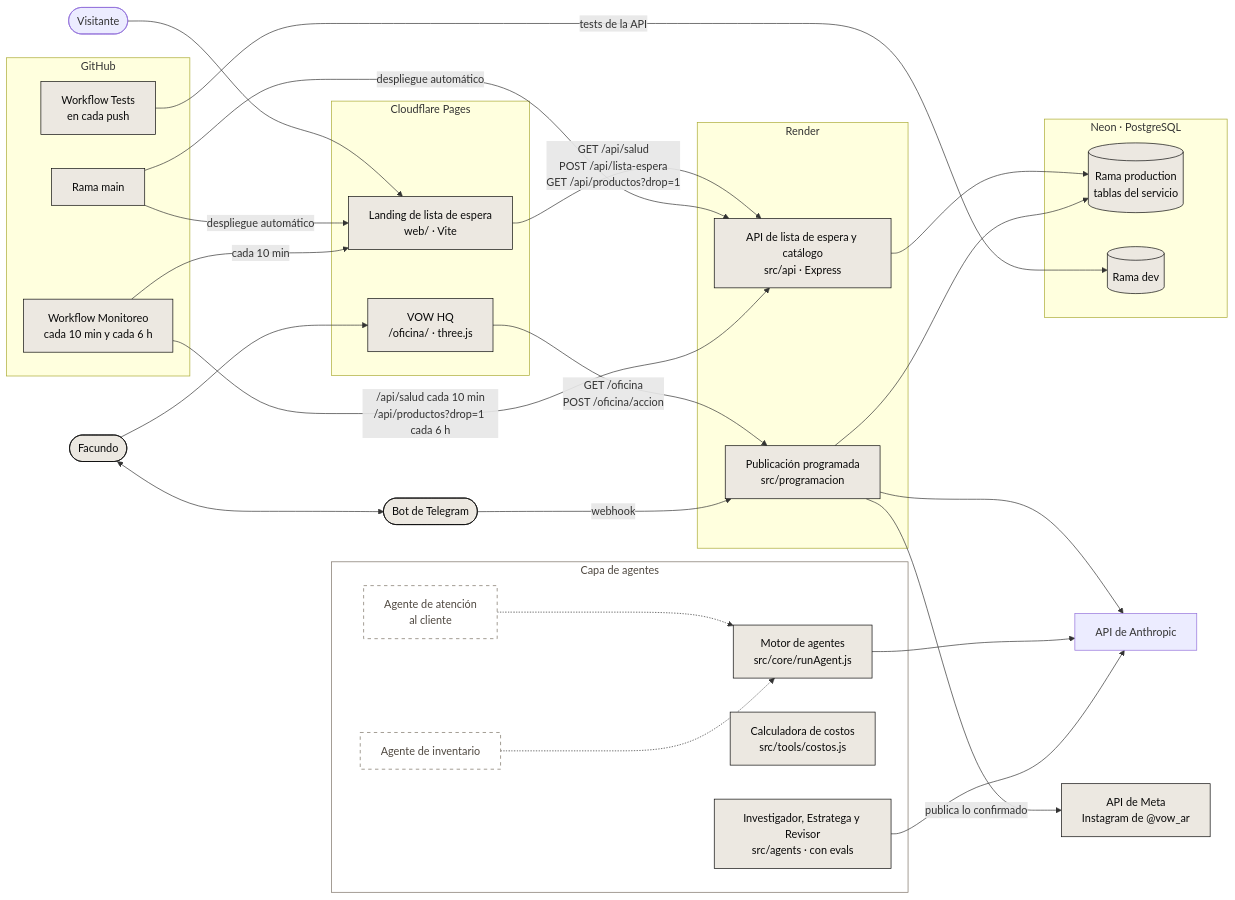
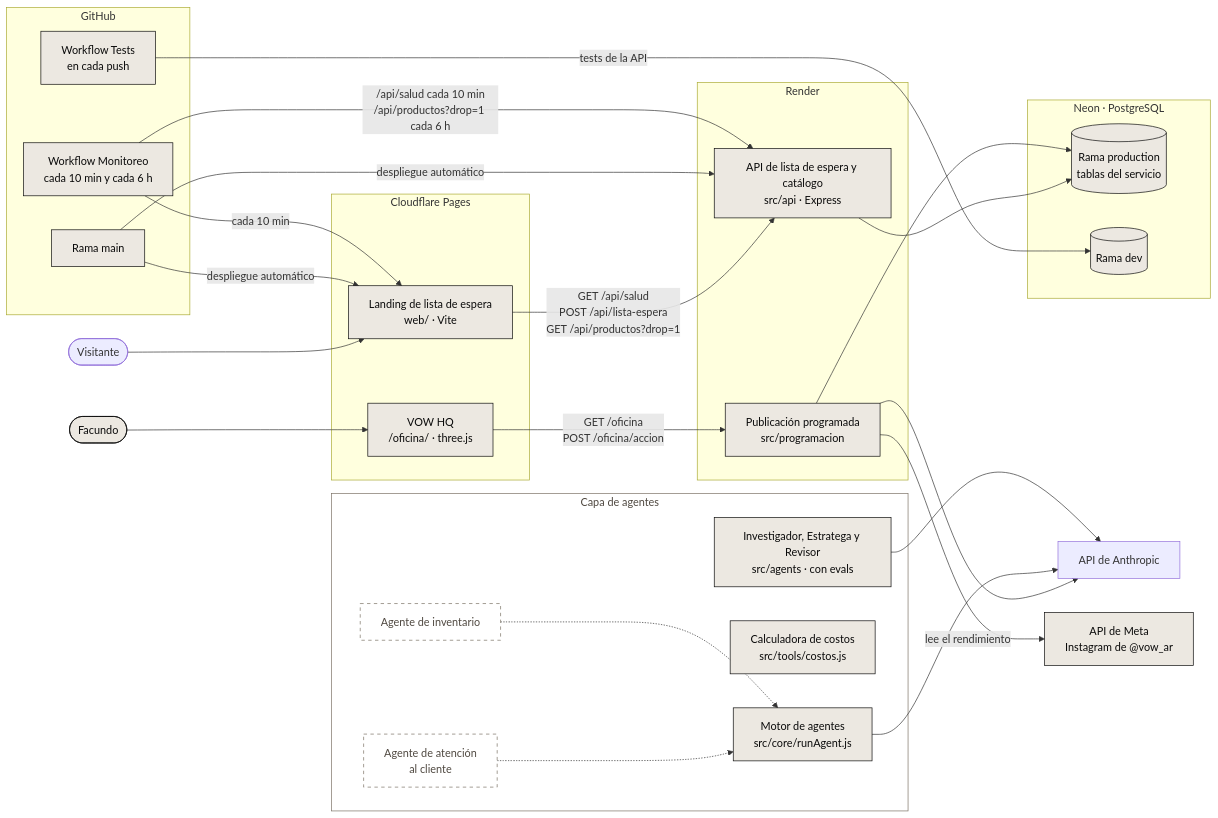
Before and after one commit to FacundoGuiraldes/vow: the first of 2 diagrams in README.md, drawn with Mermaid. The commit also changed other lines of this file and 82 other files, not shown here.

First line of the commit message:
Flujo semanal sin piezas y sin bot de Telegram: queda solo VOW HQ (#127)

````diff
--- a/README.md
+++ b/README.md
@@ -116,64 +107,61 @@
 ```mermaid
 flowchart LR
     visitante(["Visitante"])
 
     subgraph sg_github["GitHub"]
         repo["Rama main"]
         ci["Workflow Tests<br/>en cada push"]
         monitoreo["Workflow Monitoreo<br/>cada 10 min y cada 6 h"]
     end
 
     subgraph sg_cloudflare["Cloudflare Pages"]
         landing["Landing de lista de espera<br/>web/ · Vite"]
         hq["VOW HQ<br/>/oficina/ · three.js"]
     end
 
     subgraph sg_render["Render"]
         api["API de lista de espera y catálogo<br/>src/api · Express"]
         prog["Publicación programada<br/>src/programacion"]
     end
 
     subgraph sg_neon["Neon · PostgreSQL"]
         db[("Rama production<br/>tablas del servicio")]
         dbdev[("Rama dev")]
     end
 
     subgraph agentes["Capa de agentes"]
         motor["Motor de agentes<br/>src/core/runAgent.js"]
         costos["Calculadora de costos<br/>src/tools/costos.js"]
         contenido["Investigador, Estratega y Revisor<br/>src/agents · con evals"]
         soporte["Agente de atención<br/>al cliente"]
         inventario["Agente de inventario"]
     end
 
     anthropic["API de Anthropic"]
-    telegram(["Bot de Telegram"])
     meta["API de Meta<br/>Instagram de @vow_ar"]
     persona(["Facundo"])
 
     visitante --> landing
     landing -->|"GET /api/salud<br/>POST /api/lista-espera<br/>GET /api/productos?drop=1"| api
     api --> db
     persona --> hq
     hq -->|"GET /oficina<br/>POST /oficina/accion"| prog
-    persona <--> telegram
-    telegram -->|"webhook"| prog
     prog --> db
-    prog -->|"publica lo confirmado"| meta
+    prog -->|"lee el rendimiento"| meta
     prog --> anthropic
     repo -->|"despliegue automático"| landing
     repo -->|"despliegue automático"| api
     ci -->|"tests de la API"| dbdev
     monitoreo -->|"cada 10 min"| landing
     monitoreo -->|"/api/salud cada 10 min<br/>/api/productos?drop=1 cada 6 h"| api
     motor --> anthropic
     contenido --> anthropic
     soporte -.-> motor
     inventario -.-> motor
 
     classDef existe fill:#ECE8E1,stroke:#0A0A0A,color:#0A0A0A
     classDef planificado fill:#ffffff,stroke:#7A7064,stroke-dasharray:5 5,color:#4F4840
-    class repo,ci,monitoreo,landing,hq,api,prog,db,dbdev,motor,costos,contenido,telegram,meta,persona existe
+    class repo,ci,monitoreo,landing,hq,api,prog,db,dbdev,motor,costos,contenido,meta,persona existe
     class soporte,inventario planificado
     style agentes fill:#ffffff,stroke:#7A7064,color:#4F4840
 ```
````
